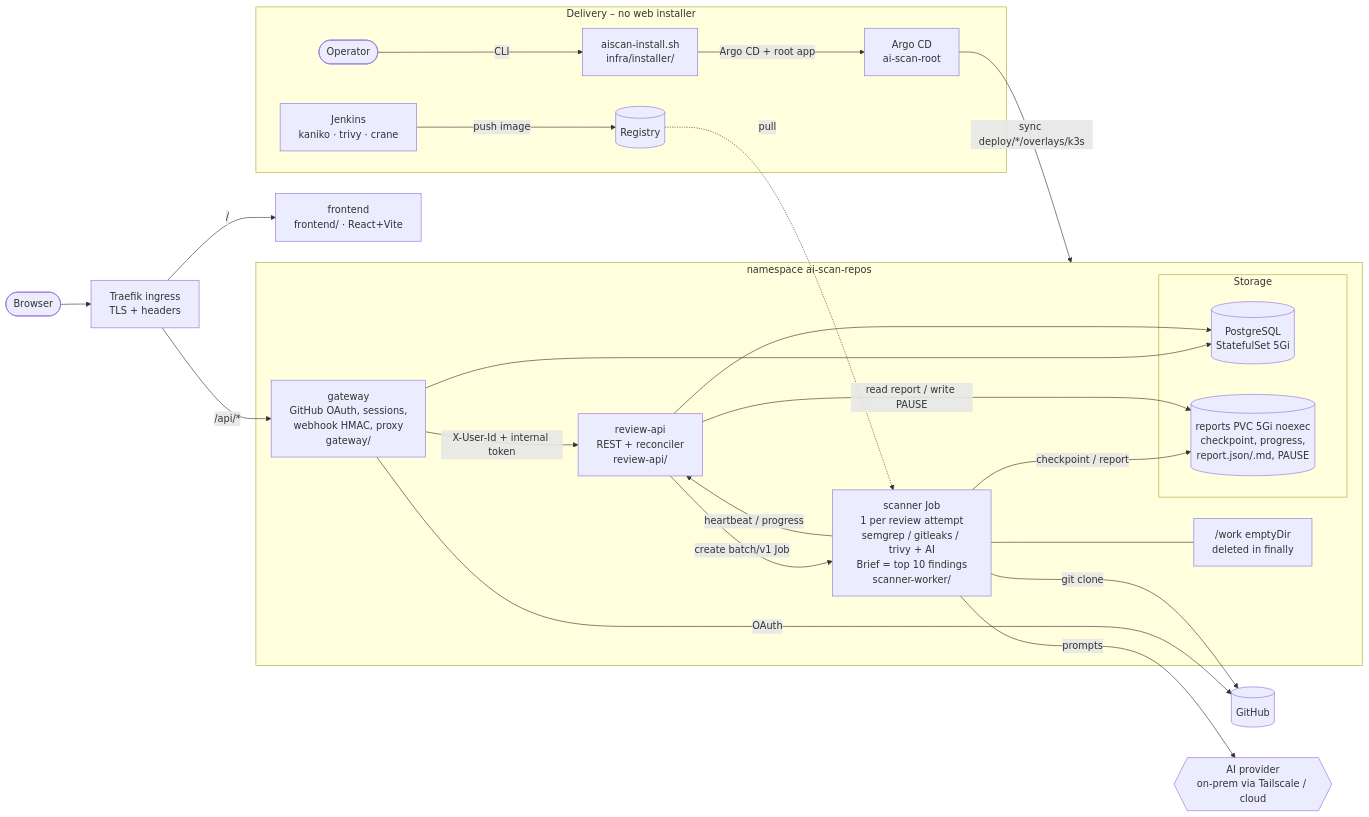
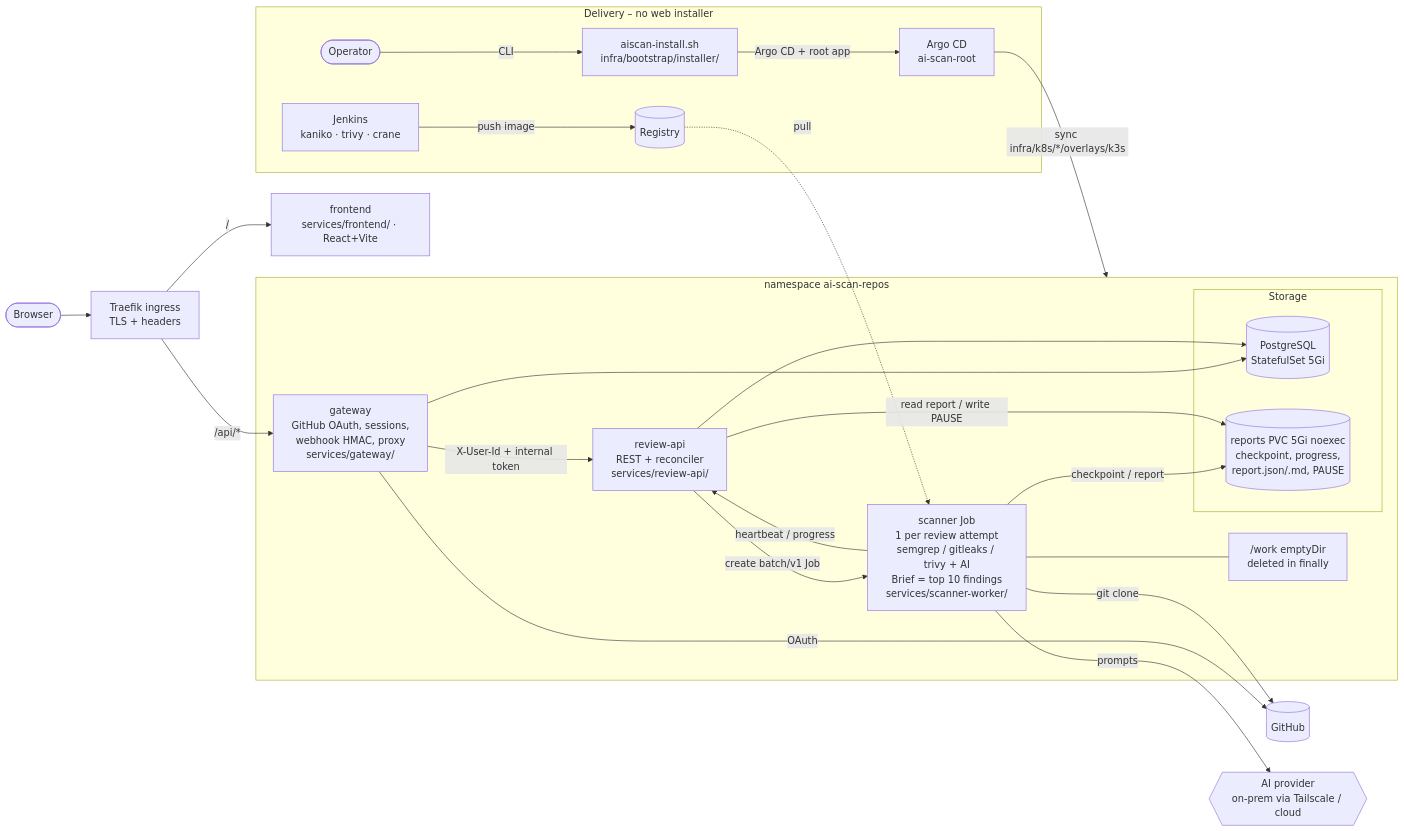
The diagram in docs/diagrams/architecture-v1.md (almog975/ai-scan-repos), drawn with Mermaid before and after one commit. The commit also changed other lines of this file and 52 other files, not shown here.

````diff
--- a/docs/diagrams/architecture-v1.md
+++ b/docs/diagrams/architecture-v1.md
@@ -10,30 +10,30 @@
 ```mermaid
 flowchart LR
   B([Browser]) --> T[Traefik ingress<br/>TLS + headers]
-  T -- "/" --> F[frontend<br/>frontend/ · React+Vite]
-  T -- "/api/*" --> G[gateway<br/>GitHub OAuth, sessions,<br/>webhook HMAC, proxy<br/>gateway/]
-  G -- "X-User-Id + internal token" --> R[review-api<br/>REST + reconciler<br/>review-api/]
+  T -- "/" --> F[frontend<br/>services/frontend/ · React+Vite]
+  T -- "/api/*" --> G[gateway<br/>GitHub OAuth, sessions,<br/>webhook HMAC, proxy<br/>services/gateway/]
+  G -- "X-User-Id + internal token" --> R[review-api<br/>REST + reconciler<br/>services/review-api/]
   G -- OAuth --> GH[(GitHub)]
   subgraph NS[namespace ai-scan-repos]
-    R -- "create batch/v1 Job" --> J[scanner Job<br/>1 per review attempt<br/>semgrep / gitleaks / trivy + AI<br/>Brief = top 10 findings<br/>scanner-worker/]
+    R -- "create batch/v1 Job" --> J[scanner Job<br/>1 per review attempt<br/>semgrep / gitleaks / trivy + AI<br/>Brief = top 10 findings<br/>services/scanner-worker/]
     J -- "heartbeat / progress" --> R
     subgraph S[Storage]
       DB[(PostgreSQL<br/>StatefulSet 5Gi)]
       PVC[(reports PVC 5Gi noexec<br/>checkpoint, progress,<br/>report.json/.md, PAUSE)]
     end
     G --> DB
     R --> DB
     J -- "checkpoint / report" --> PVC
     R -- "read report / write PAUSE" --> PVC
     J --- W["/work emptyDir<br/>deleted in finally"]
   end
   J -- "git clone" --> GH
   J -- prompts --> AI{{AI provider<br/>on-prem via Tailscale / cloud}}
   subgraph DEL[Delivery – no web installer]
-    OP([Operator]) -- "CLI" --> INS[aiscan-install.sh<br/>infra/installer/]
+    OP([Operator]) -- "CLI" --> INS[aiscan-install.sh<br/>infra/bootstrap/installer/]
     JK[Jenkins<br/>kaniko · trivy · crane] -- push image --> REG[(Registry)]
     INS -- "Argo CD + root app" --> ARGO[Argo CD<br/>ai-scan-root]
   end
-  ARGO -- "sync deploy/*/overlays/k3s" --> NS
+  ARGO -- "sync infra/k8s/*/overlays/k3s" --> NS
   REG -. pull .-> J
 ```
````
